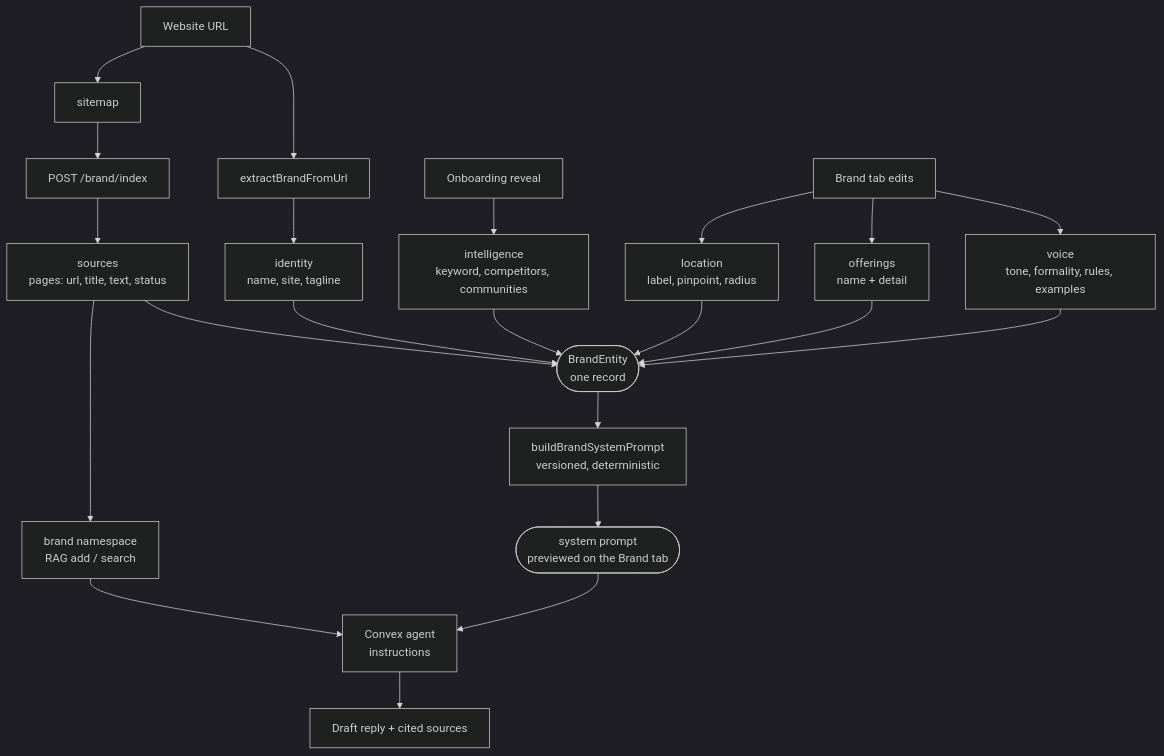
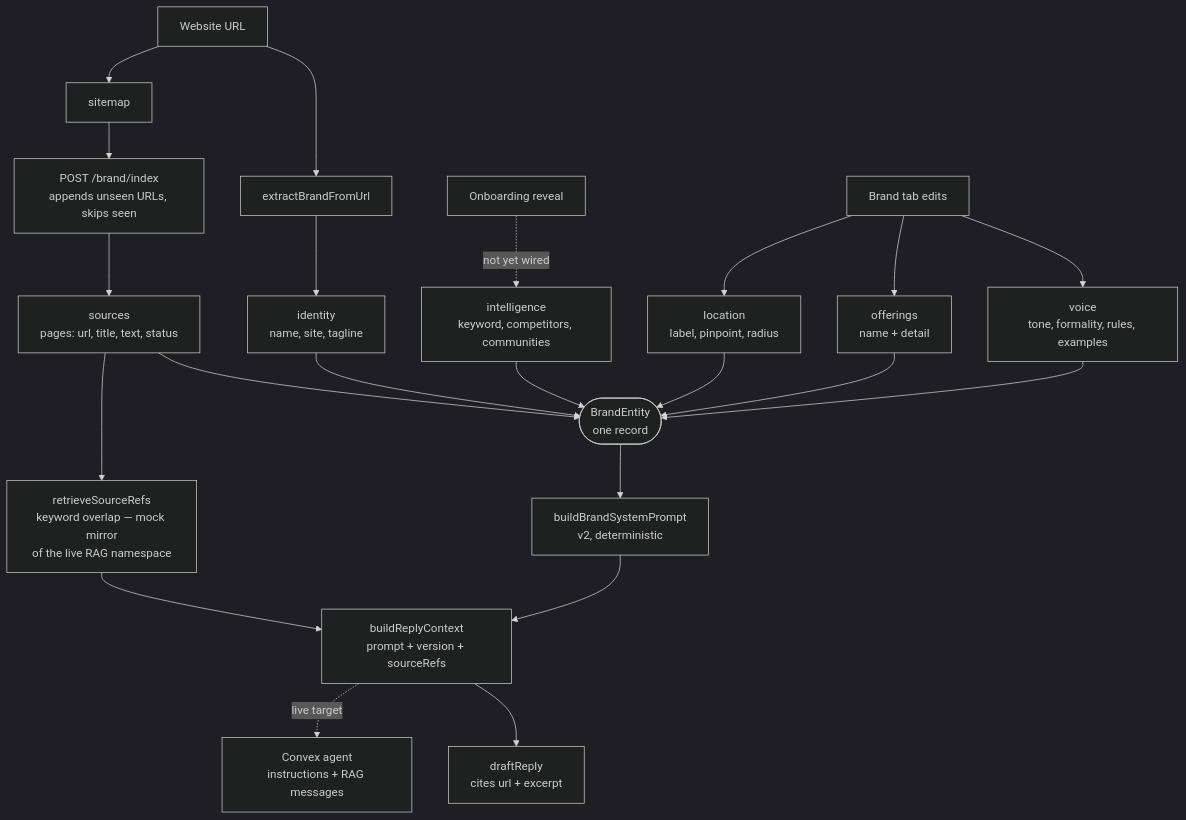
The seventh of 8 diagrams in README.md (matthewdonsemail-lab/log), drawn with Mermaid (dark theme) before and after one commit. The commit also changed other lines of this file and 1 other file, not shown here.

Commit message:
docs: audit README against source, correct brand overstatements

````diff
--- a/README.md
+++ b/README.md
@@ -343,21 +343,21 @@
 ```mermaid
 flowchart TD
   URL[Website URL] --> EXTRACT[extractBrandFromUrl]
   EXTRACT --> IDENT[identity<br/>name, site, tagline]
   URL --> SITEMAP[sitemap]
-  SITEMAP --> INDEX[POST /brand/index]
+  SITEMAP --> INDEX[POST /brand/index<br/>appends unseen URLs, skips seen]
   INDEX --> SOURCES[sources<br/>pages: url, title, text, status]
-  REVEAL[Onboarding reveal] --> INTEL[intelligence<br/>keyword, competitors, communities]
+  REVEAL[Onboarding reveal] -. not yet wired .-> INTEL[intelligence<br/>keyword, competitors, communities]
   EDITS[Brand tab edits] --> VOICE[voice<br/>tone, formality, rules, examples]
   EDITS --> OFF[offerings<br/>name + detail]
   EDITS --> LOC[location<br/>label, pinpoint, radius]
 
   IDENT & SOURCES & INTEL & VOICE & OFF & LOC --> ENTITY([BrandEntity<br/>one record])
 
-  ENTITY --> COMPILER[buildBrandSystemPrompt<br/>versioned, deterministic]
-  COMPILER --> PROMPT([system prompt<br/>previewed on the Brand tab])
-  PROMPT --> AGENT[Convex agent<br/>instructions]
-  SOURCES --> RAG[brand namespace<br/>RAG add / search]
-  RAG --> AGENT
-  AGENT --> DRAFT[Draft reply + cited sources]
+  ENTITY --> COMPILER[buildBrandSystemPrompt<br/>v2, deterministic]
+  COMPILER --> CTX[buildReplyContext<br/>prompt + version + sourceRefs]
+  SOURCES --> RETR[retrieveSourceRefs<br/>keyword overlap — mock mirror<br/>of the live RAG namespace]
+  RETR --> CTX
+  CTX --> DRAFT[draftReply<br/>cites url + excerpt]
+  CTX -. live target .-> AGENT[Convex agent<br/>instructions + RAG messages]
 ```
````
